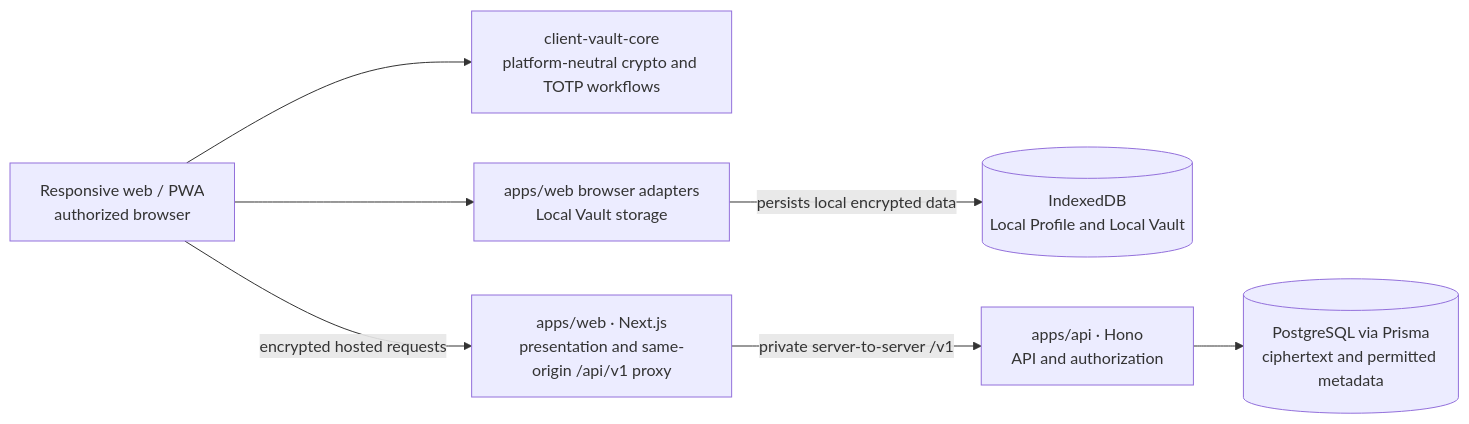
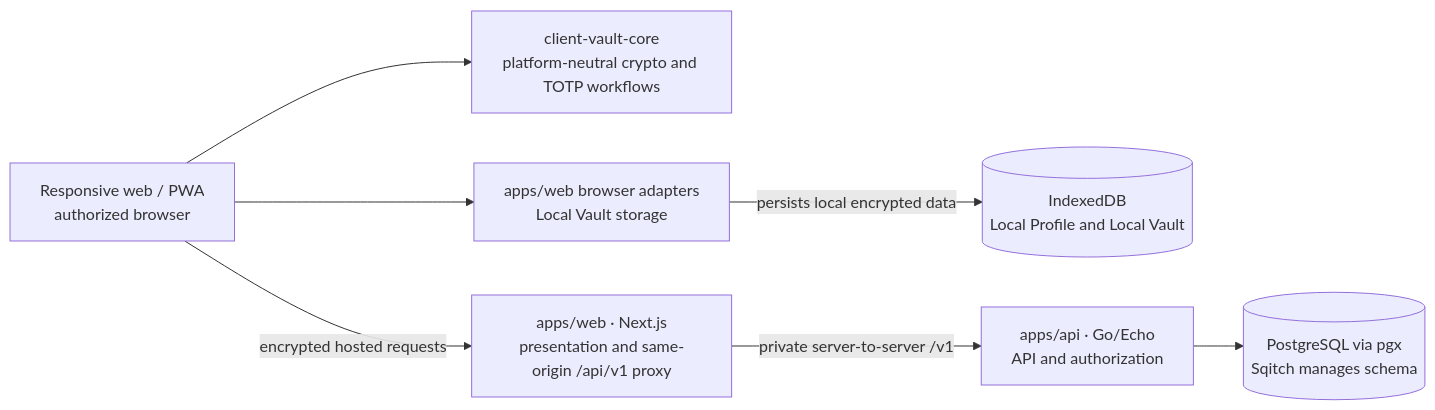
Before and after one commit to arrokh/rhasia-scret: the diagram in README.md, drawn with Mermaid. The commit also changed other lines of this file and 425 other files, not shown here.

First line of the commit message:
[api][chore] Migrate API runtime and schema to Go and Sqitch (#329)

````diff
--- a/README.md
+++ b/README.md
@@ -52,17 +52,17 @@
 ```mermaid
 flowchart LR
     Client["Responsive web / PWA<br/>authorized browser"]
     Crypto["client-vault-core<br/>platform-neutral crypto and TOTP workflows"]
     BrowserStorage["apps/web browser adapters<br/>Local Vault storage"]
     Local[("IndexedDB<br/>Local Profile and Local Vault")]
     Web["apps/web · Next.js<br/>presentation and same-origin /api/v1 proxy"]
-    API["apps/api · Hono<br/>API and authorization"]
-    DB[("PostgreSQL via Prisma<br/>ciphertext and permitted metadata")]
+    API["apps/api · Go/Echo<br/>API and authorization"]
+    DB[("PostgreSQL via pgx<br/>Sqitch manages schema")]
 
     Client --> Crypto
     Client --> BrowserStorage
     BrowserStorage -->|"persists local encrypted data"| Local
     Client -->|"encrypted hosted requests"| Web
     Web -->|"private server-to-server /v1"| API
     API --> DB
 ```
````
